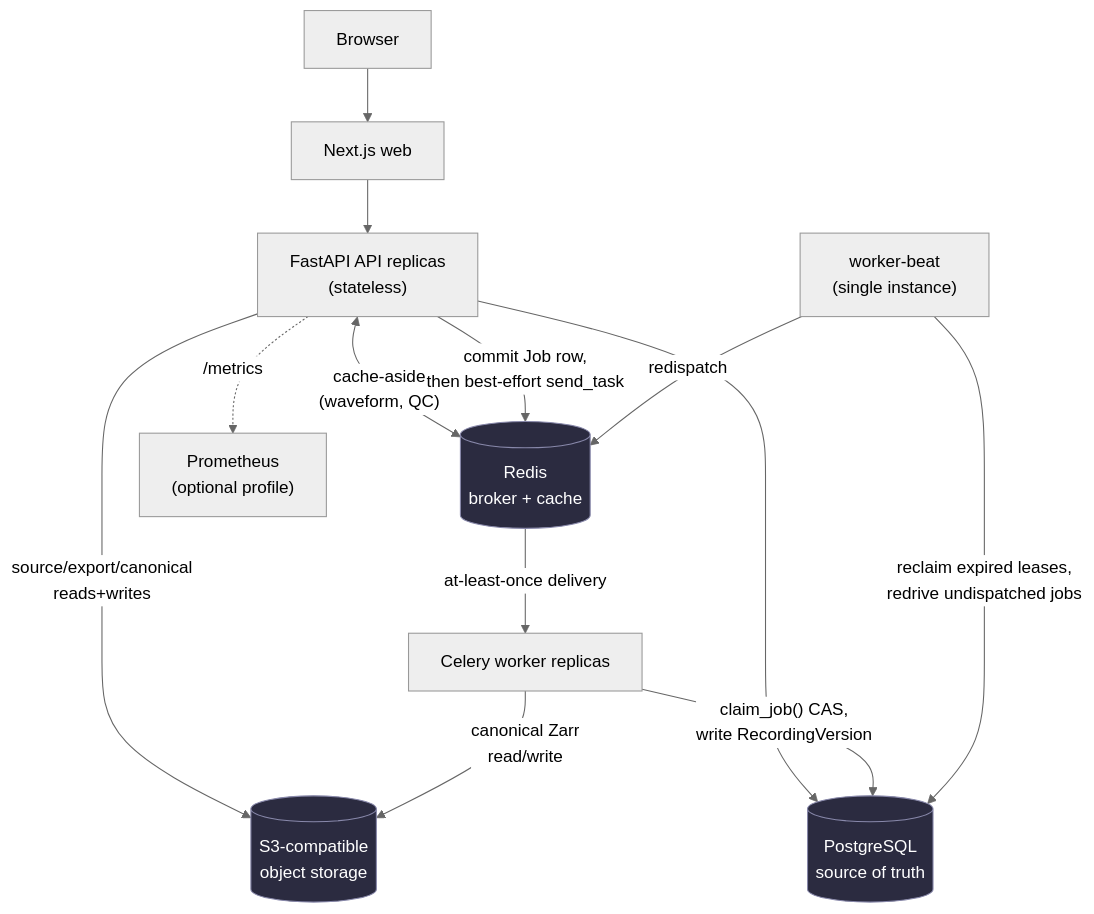
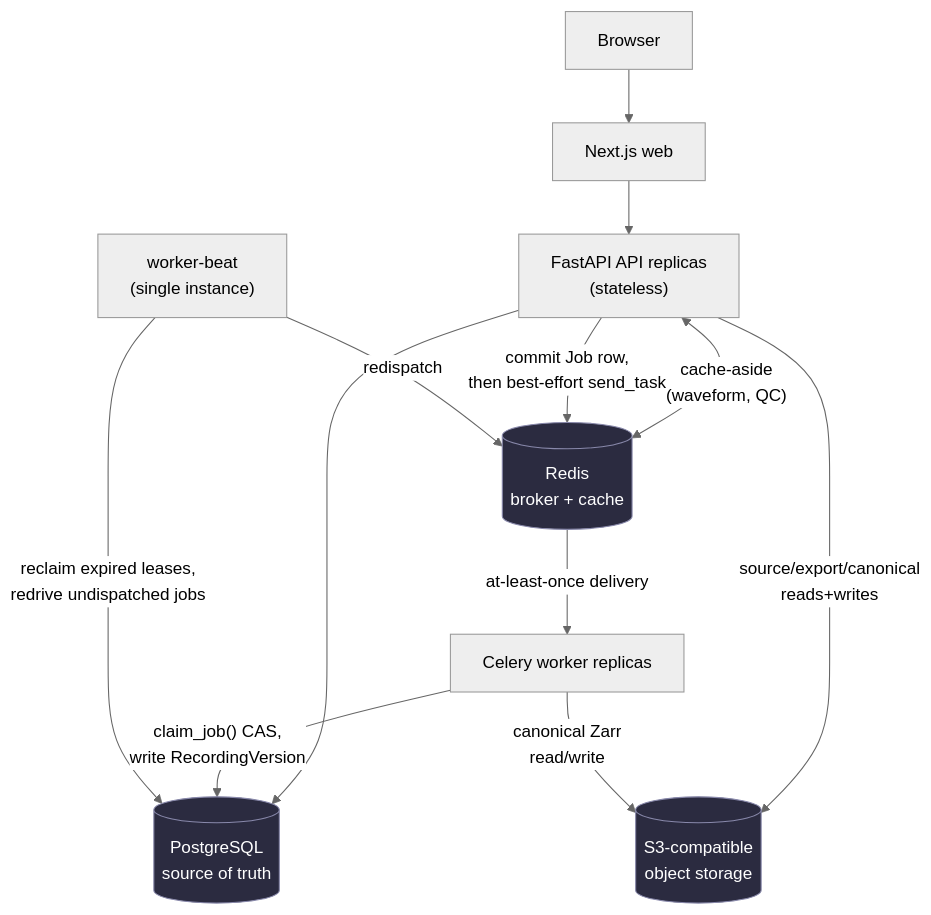
One commit to vishalvinjamuri27/NeuroWorkspace changed the diagram in README.md. Above: the diagram before and after it, drawn with Mermaid (neutral theme). The commit also changed other lines of this file and 32 other files, not shown here.

````diff
--- a/README.md
+++ b/README.md
@@ -71,21 +126,20 @@
 ```mermaid
 flowchart TB
     browser["Browser"] --> web["Next.js web"]
     web --> api["FastAPI API replicas\n(stateless)"]
 
     api --> pg[("PostgreSQL\nsource of truth")]
     api <-- "cache-aside\n(waveform, QC)" --> redis[("Redis\nbroker + cache")]
     api -- "source/export/canonical\nreads+writes" --> s3[("S3-compatible\nobject storage")]
-    api -. "/metrics" .-> prom["Prometheus\n(optional profile)"]
 
     api -- "commit Job row,\nthen best-effort send_task" --> redis
     redis -- "at-least-once delivery" --> worker["Celery worker replicas"]
     worker -- "claim_job() CAS,\nwrite RecordingVersion" --> pg
     worker -- "canonical Zarr\nread/write" --> s3
 
     beat["worker-beat\n(single instance)"] -- "reclaim expired leases,\nredrive undispatched jobs" --> pg
     beat -- "redispatch" --> redis
 
     classDef store fill:#2b2b40,color:#fff,stroke:#8888aa;
     class pg,redis,s3 store;
 ```
````
